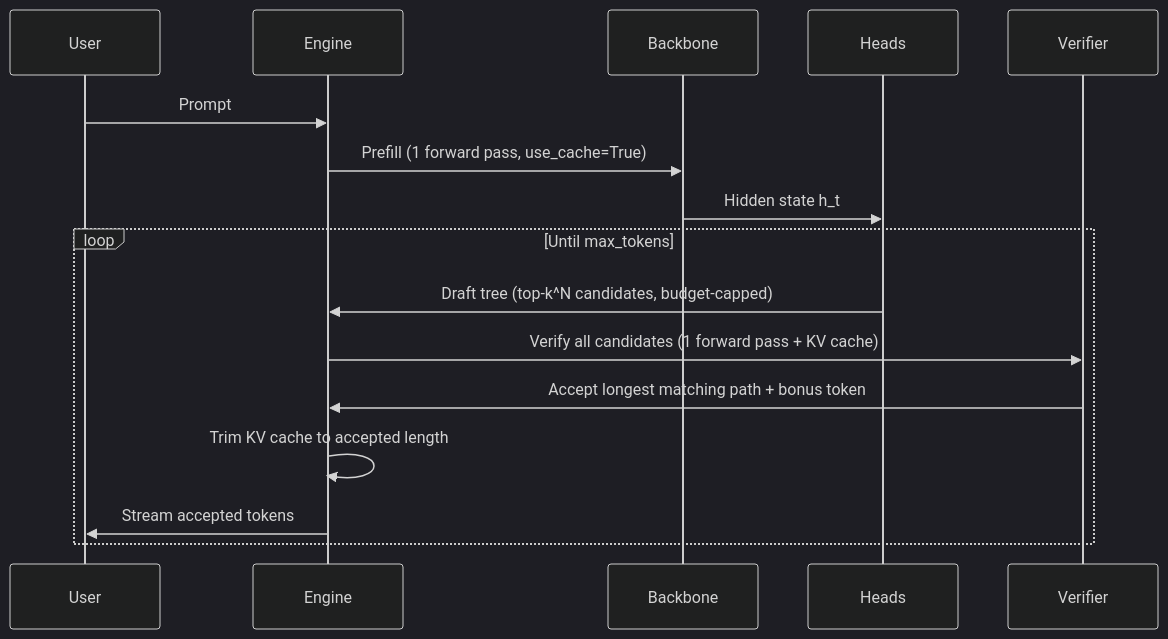
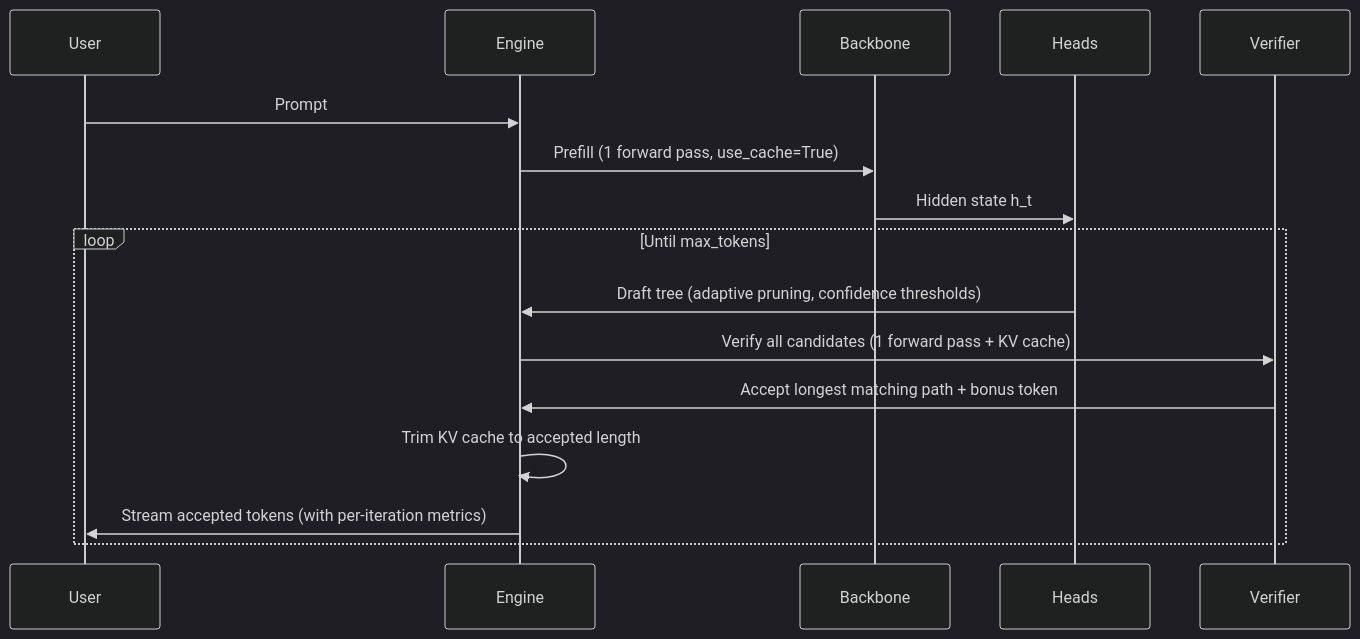
The second of 2 diagrams in README.md (matteso1/ProjectGorgon), drawn with Mermaid (dark theme) before and after one commit. The commit also changed other lines of this file and 1 other file, not shown here.

````diff
--- a/README.md
+++ b/README.md
@@ -48,20 +55,20 @@
 ```mermaid
 sequenceDiagram
     participant User
     participant Engine
     participant Backbone
     participant Heads
     participant Verifier
 
     User->>Engine: Prompt
     Engine->>Backbone: Prefill (1 forward pass, use_cache=True)
     Backbone->>Heads: Hidden state h_t
 
     loop Until max_tokens
-        Heads->>Engine: Draft tree (top-k^N candidates, budget-capped)
+        Heads->>Engine: Draft tree (adaptive pruning, confidence thresholds)
         Engine->>Verifier: Verify all candidates (1 forward pass + KV cache)
         Verifier->>Engine: Accept longest matching path + bonus token
         Engine->>Engine: Trim KV cache to accepted length
-        Engine->>User: Stream accepted tokens
+        Engine->>User: Stream accepted tokens (with per-iteration metrics)
     end
 ```
````
